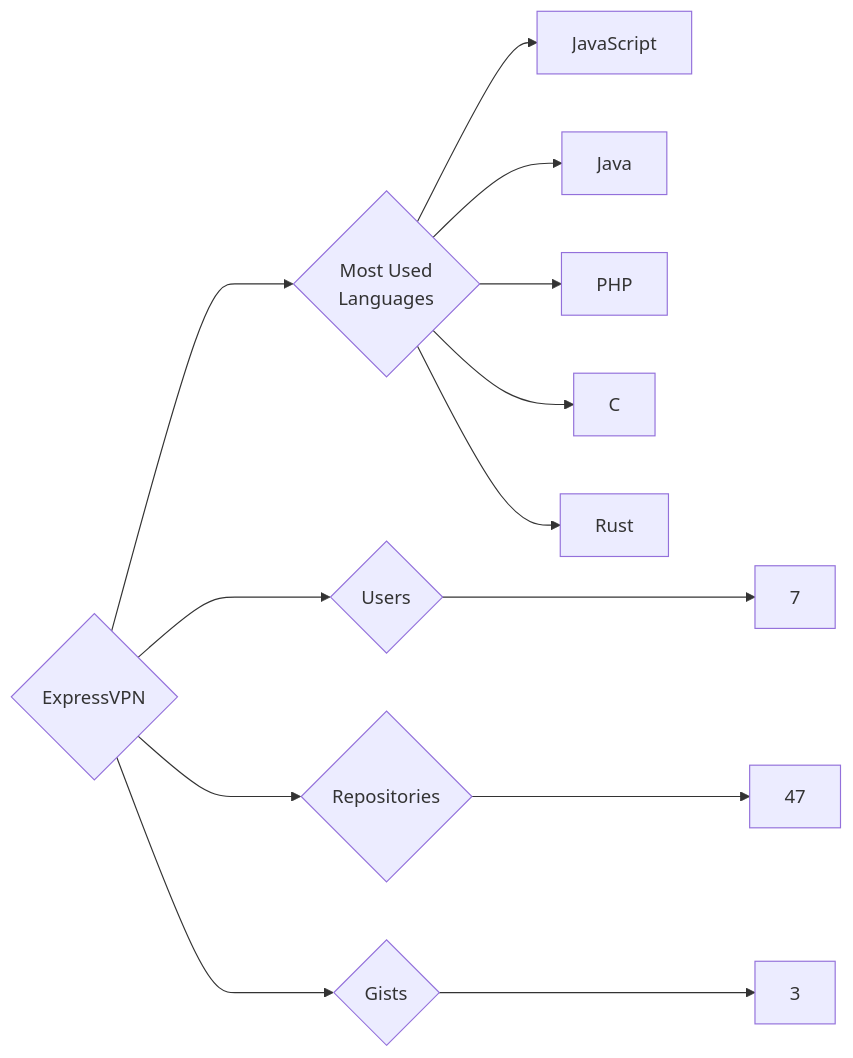
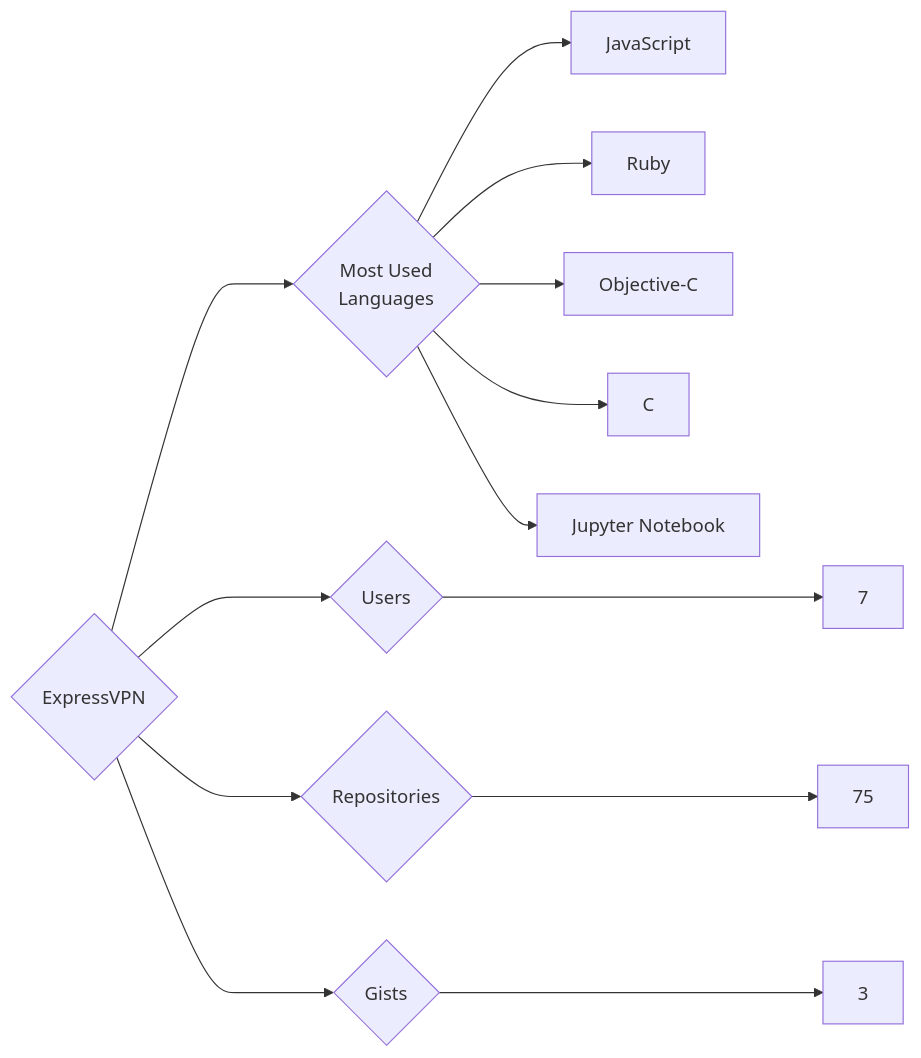
Before and after one commit to trickest/insiders: the diagram in targets/ExpressVPN/README.md, drawn with Mermaid. The commit also changed 899 other files, not shown here.

````diff
--- a/targets/ExpressVPN/README.md
+++ b/targets/ExpressVPN/README.md
@@ -3,13 +3,13 @@
 ```mermaid
 graph LR
 COMPANY_NAME{ExpressVPN}
 COMPANY_NAME ---> U{Users} ---> UN[7]
-COMPANY_NAME ---> R{Repositories} ---> RN[47]
+COMPANY_NAME ---> R{Repositories} ---> RN[75]
 COMPANY_NAME ---> G{Gists} ---> GN[3]
 COMPANY_NAME ---> ML{Most Used<br>Languages}
 ML --> JavaScript[JavaScript]
-ML --> Java[Java]
-ML --> PHP[PHP]
+ML --> Ruby[Ruby]
+ML --> Objective-C[Objective-C]
 ML --> C[C]
-ML --> Rust[Rust]
+ML --> Jupyter_Notebook[Jupyter Notebook]
 ```
````
